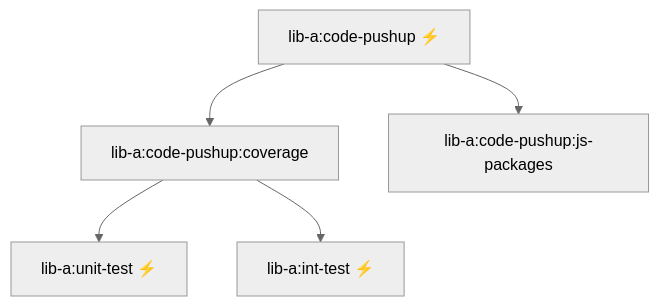
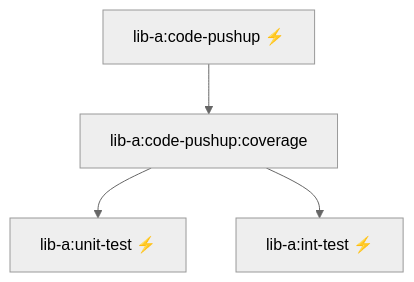
Before and after one commit to code-pushup/cli: the diagram in packages/cli/docs/turbo-caching.md, drawn with Mermaid (neutral theme). The commit also changed other lines of this file, not shown here.

````diff
--- a/packages/cli/docs/turbo-caching.md
+++ b/packages/cli/docs/turbo-caching.md
@@ -80,7 +76,6 @@
 ```mermaid
 graph TD
   A[lib-a:code-pushup ⚡] --> B[lib-a:code-pushup:coverage]
-  A --> E[lib-a:code-pushup:js-packages]
   B --> C[lib-a:unit-test ⚡]
   B --> D[lib-a:int-test ⚡]
 ```
````
